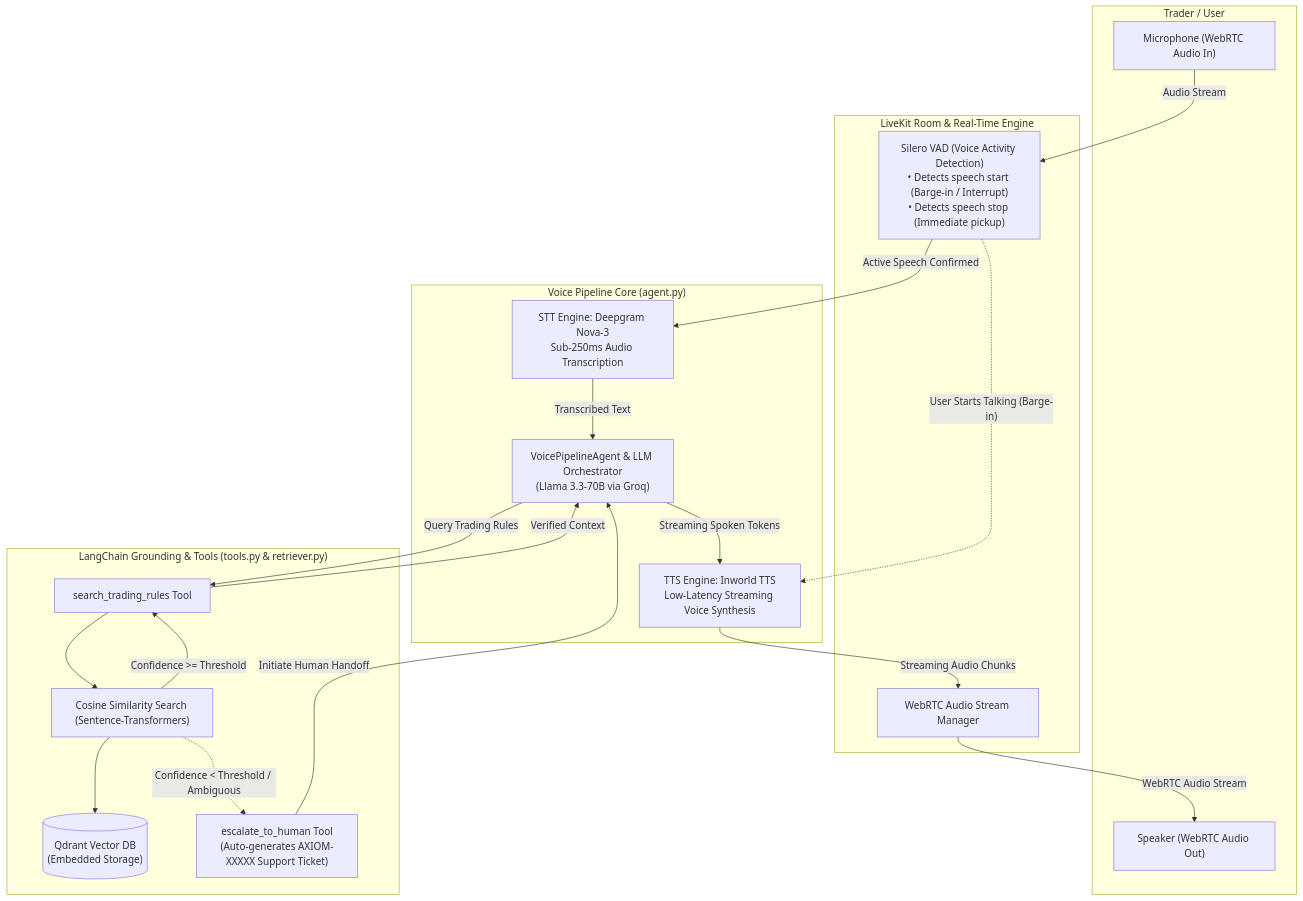
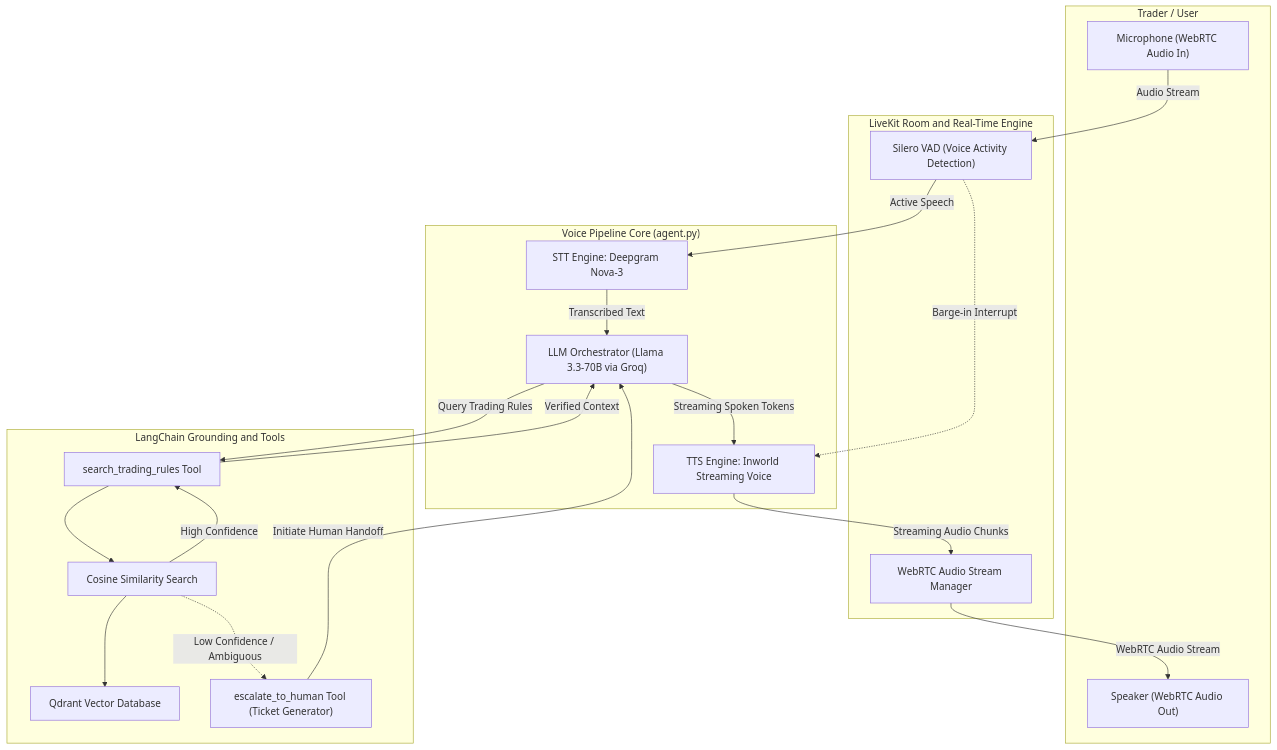
One commit to farazahmad-ai/axiom-trading-voice-agent changed the diagram in README.md. Above: the diagram before and after it, drawn with Mermaid.

Commit message:
fix(docs): simplify Mermaid diagram syntax for GitHub renderer

````diff
--- a/README.md
+++ b/README.md
@@ -11,46 +11,43 @@
 ```mermaid
 flowchart TD
     subgraph Client["Trader / User"]
         Mic["Microphone (WebRTC Audio In)"]
         Speaker["Speaker (WebRTC Audio Out)"]
     end
 
-    subgraph LiveKit["LiveKit Room & Real-Time Engine"]
-        VAD["Silero VAD (Voice Activity Detection)<br/>• Detects speech start (Barge-in / Interrupt)<br/>• Detects speech stop (Immediate pickup)"]
+    subgraph LiveKit["LiveKit Room and Real-Time Engine"]
+        VAD["Silero VAD (Voice Activity Detection)"]
         AudioBuffer["WebRTC Audio Stream Manager"]
     end
 
     subgraph Pipeline["Voice Pipeline Core (agent.py)"]
-        STT["STT Engine: Deepgram Nova-3<br/>Sub-250ms Audio Transcription"]
-        AgentCore["VoicePipelineAgent & LLM Orchestrator<br/>(Llama 3.3-70B via Groq)"]
-        TTS["TTS Engine: Inworld TTS<br/>Low-Latency Streaming Voice Synthesis"]
+        STT["STT Engine: Deepgram Nova-3"]
+        AgentCore["LLM Orchestrator (Llama 3.3-70B via Groq)"]
+        TTS["TTS Engine: Inworld Streaming Voice"]
     end
 
-    subgraph Knowledge["LangChain Grounding & Tools (tools.py & retriever.py)"]
+    subgraph Knowledge["LangChain Grounding and Tools"]
         KBTool["search_trading_rules Tool"]
-        Retriever["Cosine Similarity Search (Sentence-Transformers)"]
-        Qdrant[("Qdrant Vector DB<br/>(Embedded Storage)")]
-        EscalationTool["escalate_to_human Tool<br/>(Auto-generates AXIOM-XXXXX Support Ticket)"]
+        Retriever["Cosine Similarity Search"]
+        Qdrant["Qdrant Vector Database"]
+        EscalationTool["escalate_to_human Tool (Ticket Generator)"]
     end
 
-    %% Audio & Control Connections
     Mic -->|Audio Stream| VAD
-    VAD -->|Active Speech Confirmed| STT
-    VAD -.->|"User Starts Talking (Barge-in)"| TTS
+    VAD -->|Active Speech| STT
+    VAD -.->|Barge-in Interrupt| TTS
     STT -->|Transcribed Text| AgentCore
 
-    %% Grounding & Escalation
     AgentCore -->|Query Trading Rules| KBTool
     KBTool --> Retriever
     Retriever --> Qdrant
-    Retriever -->|"Confidence >= Threshold"| KBTool
+    Retriever -->|High Confidence| KBTool
     KBTool -->|Verified Context| AgentCore
 
-    Retriever -.->|"Confidence < Threshold / Ambiguous"| EscalationTool
+    Retriever -.->|Low Confidence / Ambiguous| EscalationTool
     EscalationTool -->|Initiate Human Handoff| AgentCore
 
-    %% Streaming Output
     AgentCore -->|Streaming Spoken Tokens| TTS
     TTS -->|Streaming Audio Chunks| AudioBuffer
     AudioBuffer -->|WebRTC Audio Stream| Speaker
 ```
````
